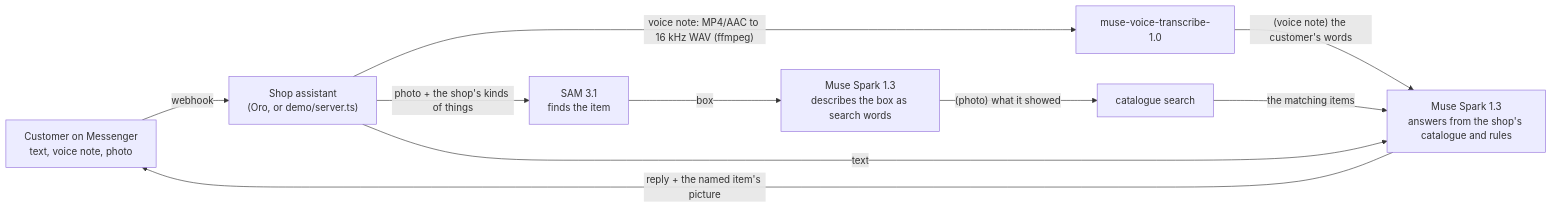
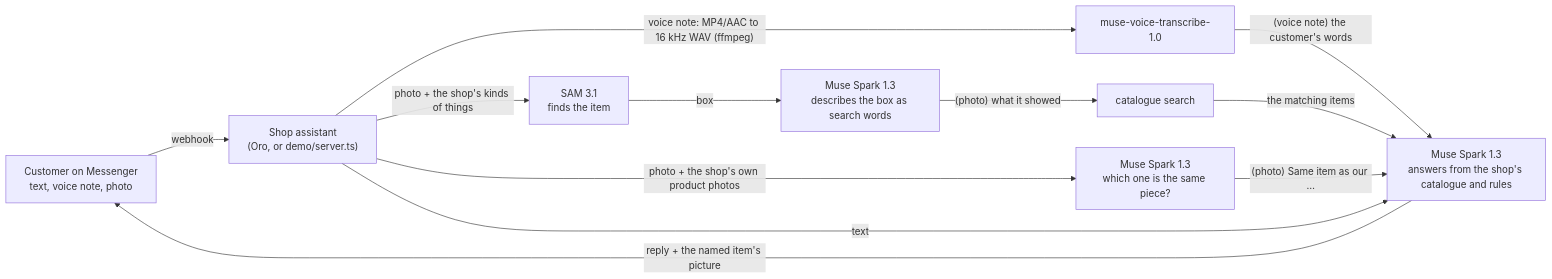
Before and after one commit to thankywal/oro_muse: the diagram in README.md, drawn with Mermaid. The commit also changed other lines of this file and 5 other files, not shown here.

First line of the commit message:
Photos: Muse Spark compares the customer's photo with the shop's own product photos

````diff
--- a/README.md
+++ b/README.md
@@ -20,12 +20,14 @@
 ```mermaid
 flowchart LR
   C["Customer on Messenger<br/>text, voice note, photo"] -->|webhook| A["Shop assistant<br/>(Oro, or demo/server.ts)"]
   A -->|"voice note: MP4/AAC to 16 kHz WAV (ffmpeg)"| T["muse-voice-transcribe-1.0"]
   T -->|"(voice note) the customer's words"| M
   A -->|"photo + the shop's kinds of things"| S["SAM 3.1<br/>finds the item"]
   S -->|"box"| D["Muse Spark 1.3<br/>describes the box as search words"]
   D -->|"(photo) what it showed"| K["catalogue search"]
   K -->|"the matching items"| M["Muse Spark 1.3<br/>answers from the shop's catalogue and rules"]
+  A -->|"photo + the shop's own product photos"| P["Muse Spark 1.3<br/>which one is the same piece?"]
+  P -->|"(photo) Same item as our …"| M
   A -->|text| M
   M -->|"reply + the named item's picture"| C
 ```
````
